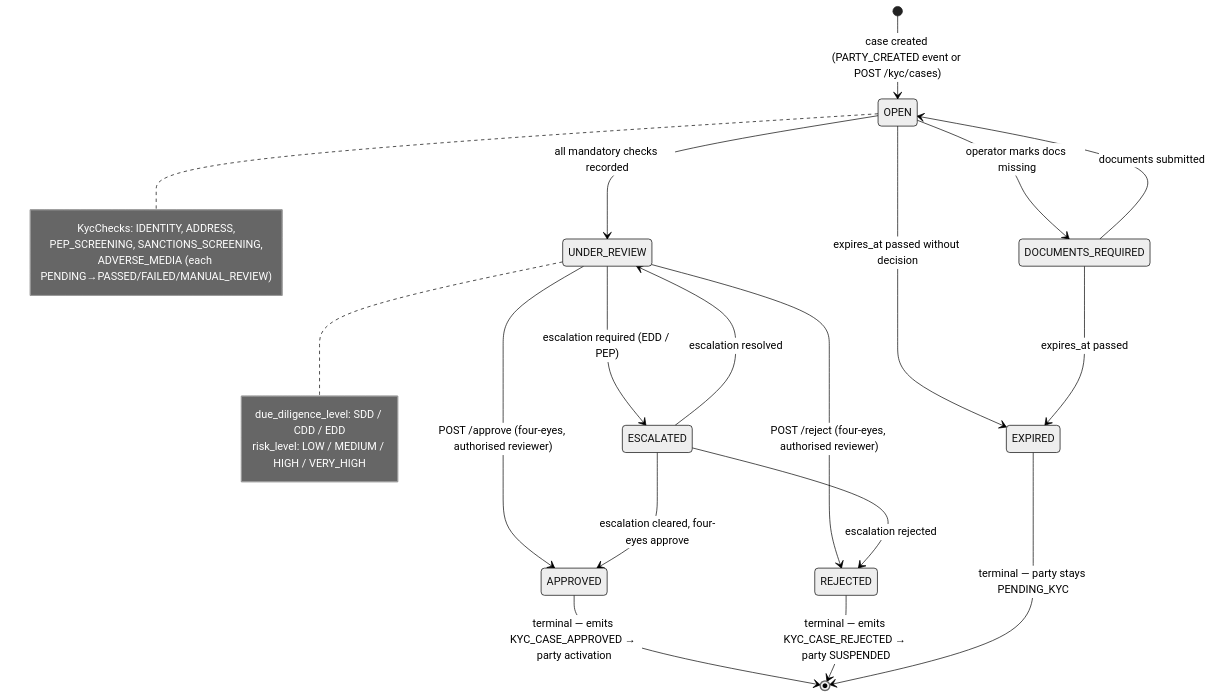
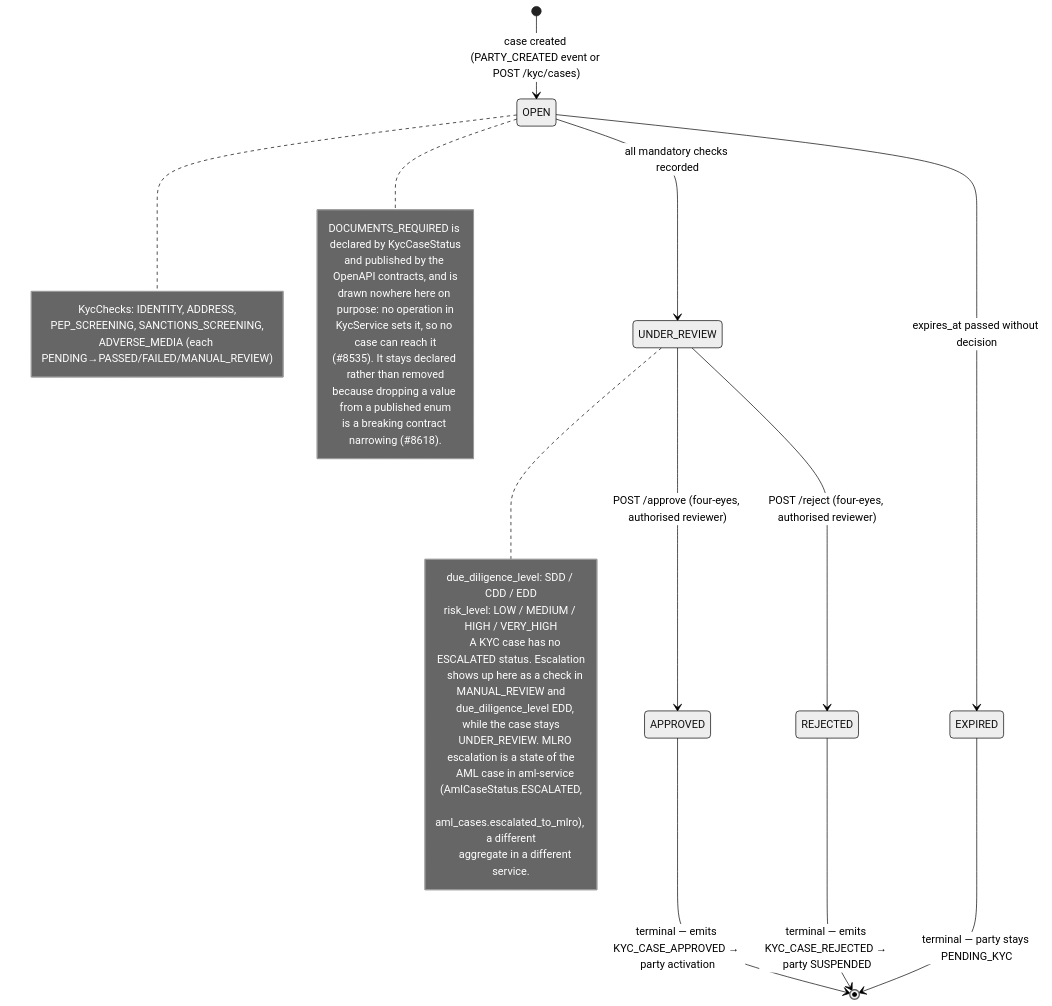
The diagram in openbank-kyc-service/src/main/resources/diagrams/03-kyc-status-lifecycle.mmd (JiRaska/open-bank-oss), drawn with Mermaid (neutral theme) before and after one commit. The commit also changed 8 other files, not shown here.

First line of the commit message:
docs(kyc): mark DOCUMENTS_REQUIRED unreachable instead of removing it

```diff
--- a/openbank-kyc-service/src/main/resources/diagrams/03-kyc-status-lifecycle.mmd
+++ b/openbank-kyc-service/src/main/resources/diagrams/03-kyc-status-lifecycle.mmd
@@ -1,33 +1,42 @@
 %% title: KYC Case Status Lifecycle
 stateDiagram-v2
   [*] --> OPEN: case created (PARTY_CREATED event or POST /kyc/cases)
 
-  OPEN --> DOCUMENTS_REQUIRED: operator marks docs missing
   OPEN --> UNDER_REVIEW: all mandatory checks recorded
   OPEN --> EXPIRED: expires_at passed without decision
 
-  DOCUMENTS_REQUIRED --> OPEN: documents submitted
-  DOCUMENTS_REQUIRED --> EXPIRED: expires_at passed
-
   UNDER_REVIEW --> APPROVED: POST /approve (four-eyes, authorised reviewer)
   UNDER_REVIEW --> REJECTED: POST /reject (four-eyes, authorised reviewer)
-  UNDER_REVIEW --> ESCALATED: escalation required (EDD / PEP)
-
-  ESCALATED --> UNDER_REVIEW: escalation resolved
-  ESCALATED --> APPROVED: escalation cleared, four-eyes approve
-  ESCALATED --> REJECTED: escalation rejected
 
   APPROVED --> [*]: terminal — emits KYC_CASE_APPROVED → party activation
   REJECTED --> [*]: terminal — emits KYC_CASE_REJECTED → party SUSPENDED
   EXPIRED --> [*]: terminal — party stays PENDING_KYC
 
   note right of OPEN
     KycChecks: IDENTITY, ADDRESS,
     PEP_SCREENING, SANCTIONS_SCREENING,
     ADVERSE_MEDIA (each PENDING→PASSED/FAILED/MANUAL_REVIEW)
   end note
 
   note right of UNDER_REVIEW
     due_diligence_level: SDD / CDD / EDD
     risk_level: LOW / MEDIUM / HIGH / VERY_HIGH
+
+    A KYC case has no ESCALATED status. Escalation
+    shows up here as a check in MANUAL_REVIEW and
+    due_diligence_level EDD, while the case stays
+    UNDER_REVIEW. MLRO escalation is a state of the
+    AML case in aml-service (AmlCaseStatus.ESCALATED,
+    aml_cases.escalated_to_mlro), a different
+    aggregate in a different service.
   end note
+
+  note right of OPEN
+    DOCUMENTS_REQUIRED is declared by KycCaseStatus
+    and published by the OpenAPI contracts, and is
+    drawn nowhere here on purpose: no operation in
+    KycService sets it, so no case can reach it
+    (#8535). It stays declared rather than removed
+    because dropping a value from a published enum
+    is a breaking contract narrowing (#8618).
+  end note
```
